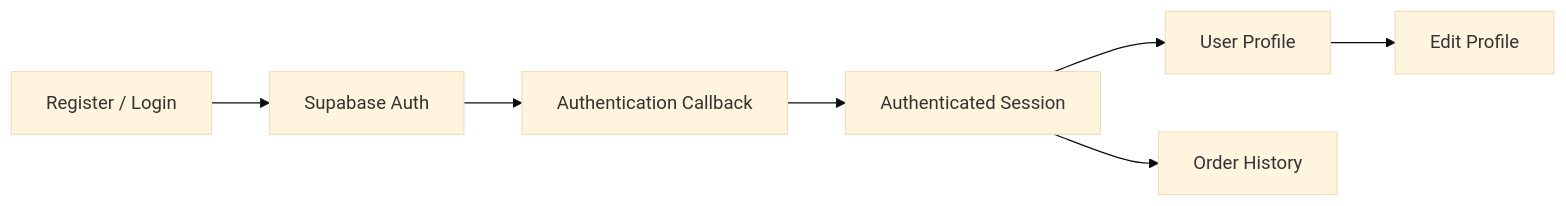
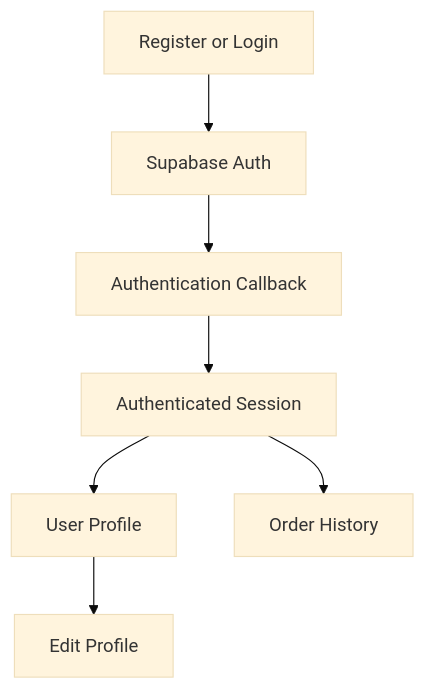
One commit to imammularif/topupku changed the third of 5 diagrams in README.md. Above: the diagram before and after it, drawn with Mermaid (base theme). The commit also changed other lines of this file, not shown here.

````diff
--- a/README.md
+++ b/README.md
@@ -157,9 +299,9 @@
 ```mermaid
-flowchart LR
-    A["Register / Login"] --> B["Supabase Auth"]
+flowchart TD
+    A["Register or Login"] --> B["Supabase Auth"]
     B --> C["Authentication Callback"]
     C --> D["Authenticated Session"]
     D --> E["User Profile"]
     D --> F["Order History"]
     E --> G["Edit Profile"]
 ```
````
